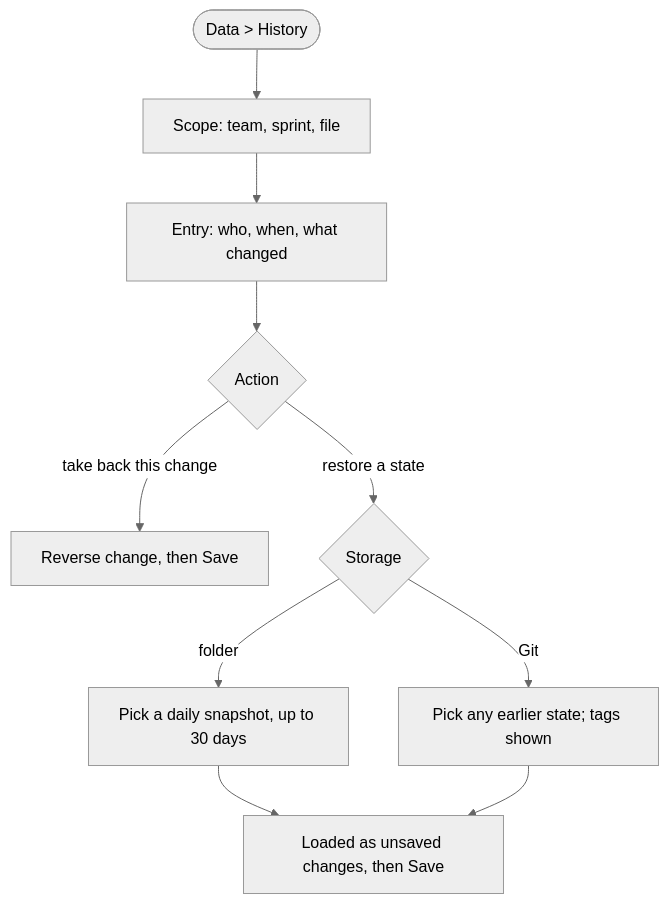
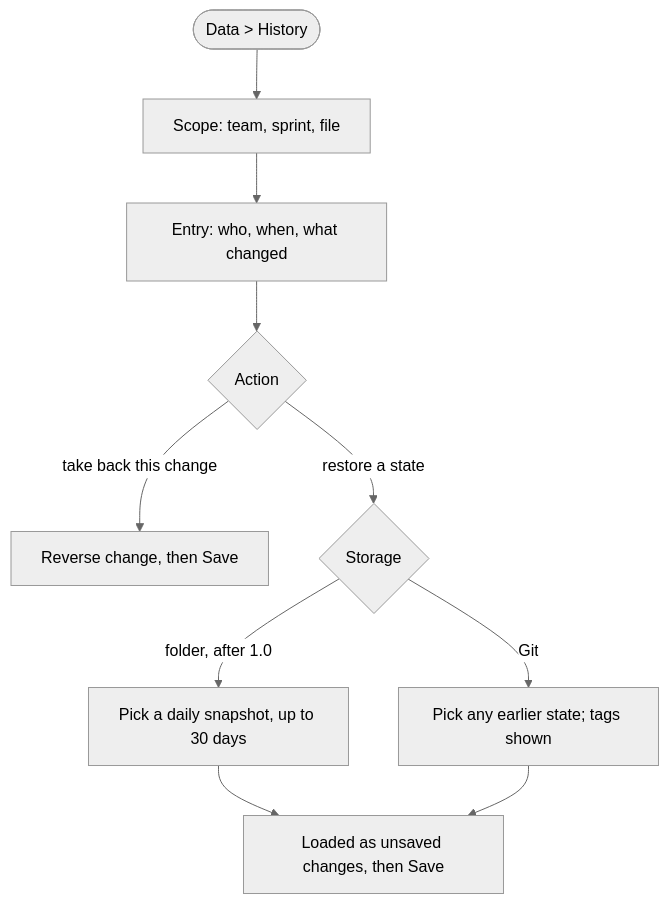
Diagram 14 of 15 in docs/redesign/flows.md (swallat/foresprint), drawn with Mermaid (neutral theme) before and after one commit. The commit also changed other lines of this file and 2 other files, not shown here.

First line of the commit message:
Git stays the 1.0 storage; shared folder after 1.0 via the same interface

````diff
--- a/docs/redesign/flows.md
+++ b/docs/redesign/flows.md
@@ -353,12 +353,12 @@
 ```mermaid
 flowchart TD
   H([Data > History]) --> SC[Scope: team, sprint, file]
   SC --> E[Entry: who, when, what changed]
   E --> A{Action}
   A -- take back this change --> TB[Reverse change, then Save]
   A -- restore a state --> RS{Storage}
-  RS -- folder --> SN[Pick a daily snapshot, up to 30 days]
+  RS -- folder, after 1.0 --> SN[Pick a daily snapshot, up to 30 days]
   RS -- Git --> GC[Pick any earlier state; tags shown]
   SN --> SV[Loaded as unsaved changes, then Save]
   GC --> SV
 ```
````
